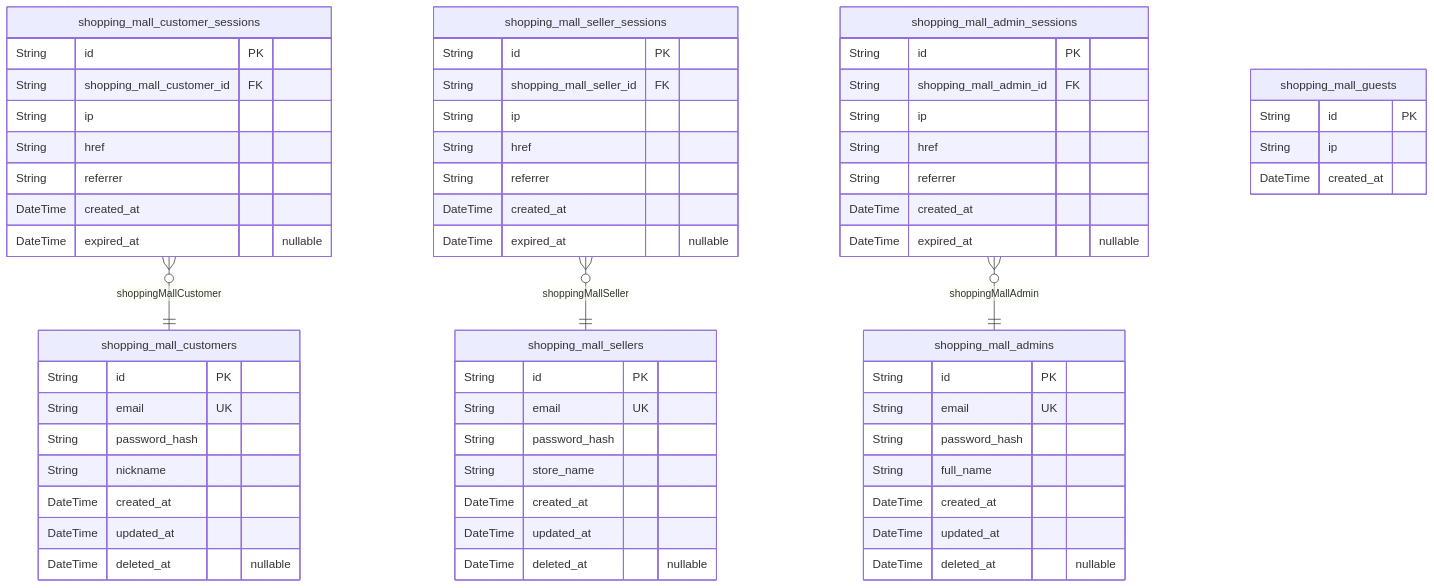
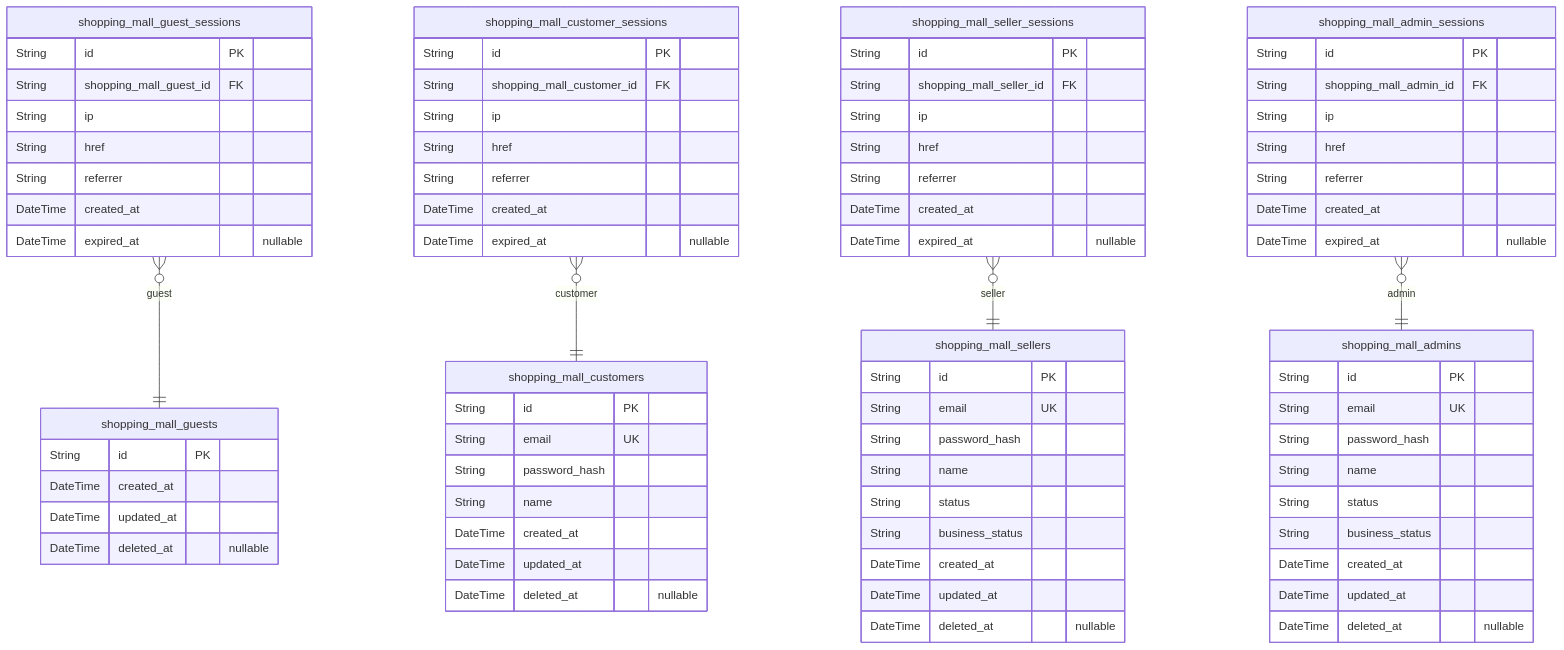
One commit to wrtnlabs/autobe-examples changed the second of 10 diagrams in openai/gpt-4.1-mini/shopping/docs/ERD.md. Above: the diagram before and after it, drawn with Mermaid. The commit also changed other lines of this file and 22498 other files, not shown here.

````diff
--- a/openai/gpt-4.1-mini/shopping/docs/ERD.md
+++ b/openai/gpt-4.1-mini/shopping/docs/ERD.md
@@ -104,65 +159,80 @@
 ```mermaid
 erDiagram
+"shopping_mall_guests" {
+  String id PK
+  DateTime created_at
+  DateTime updated_at
+  DateTime deleted_at "nullable"
+}
+"shopping_mall_guest_sessions" {
+  String id PK
+  String shopping_mall_guest_id FK
+  String ip
+  String href
+  String referrer
+  DateTime created_at
+  DateTime expired_at "nullable"
+}
 "shopping_mall_customers" {
   String id PK
   String email UK
   String password_hash
-  String nickname
+  String name
   DateTime created_at
   DateTime updated_at
   DateTime deleted_at "nullable"
 }
 "shopping_mall_customer_sessions" {
   String id PK
   String shopping_mall_customer_id FK
   String ip
   String href
   String referrer
   DateTime created_at
   DateTime expired_at "nullable"
 }
 "shopping_mall_sellers" {
   String id PK
   String email UK
   String password_hash
-  String store_name
+  String name
+  String status
+  String business_status
   DateTime created_at
   DateTime updated_at
   DateTime deleted_at "nullable"
 }
 "shopping_mall_seller_sessions" {
   String id PK
   String shopping_mall_seller_id FK
   String ip
   String href
   String referrer
   DateTime created_at
   DateTime expired_at "nullable"
 }
 "shopping_mall_admins" {
   String id PK
   String email UK
   String password_hash
-  String full_name
+  String name
+  String status
+  String business_status
   DateTime created_at
   DateTime updated_at
   DateTime deleted_at "nullable"
 }
 "shopping_mall_admin_sessions" {
   String id PK
   String shopping_mall_admin_id FK
   String ip
   String href
   String referrer
   DateTime created_at
   DateTime expired_at "nullable"
 }
-"shopping_mall_guests" {
-  String id PK
-  String ip
-  DateTime created_at
-}
-"shopping_mall_customer_sessions" }o--|| "shopping_mall_customers" : shoppingMallCustomer
-"shopping_mall_seller_sessions" }o--|| "shopping_mall_sellers" : shoppingMallSeller
-"shopping_mall_admin_sessions" }o--|| "shopping_mall_admins" : shoppingMallAdmin
+"shopping_mall_guest_sessions" }o--|| "shopping_mall_guests" : guest
+"shopping_mall_customer_sessions" }o--|| "shopping_mall_customers" : customer
+"shopping_mall_seller_sessions" }o--|| "shopping_mall_sellers" : seller
+"shopping_mall_admin_sessions" }o--|| "shopping_mall_admins" : admin
 ```
````
